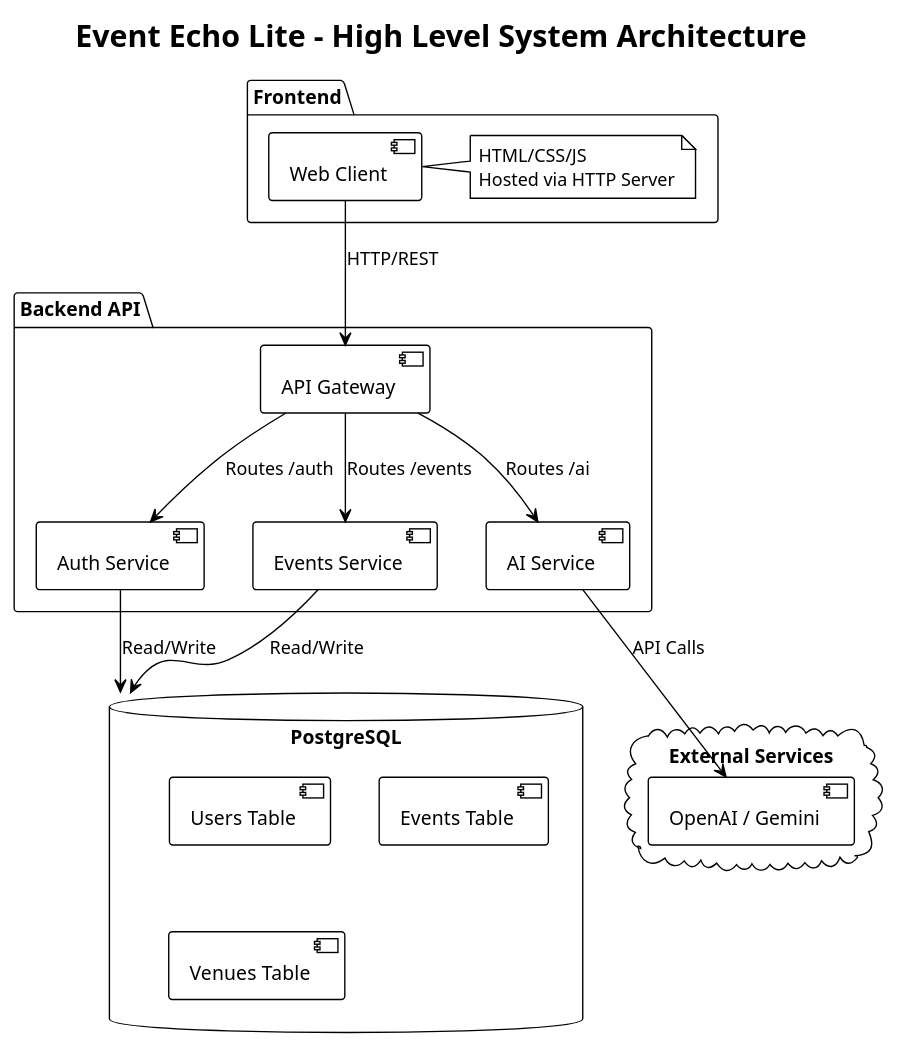
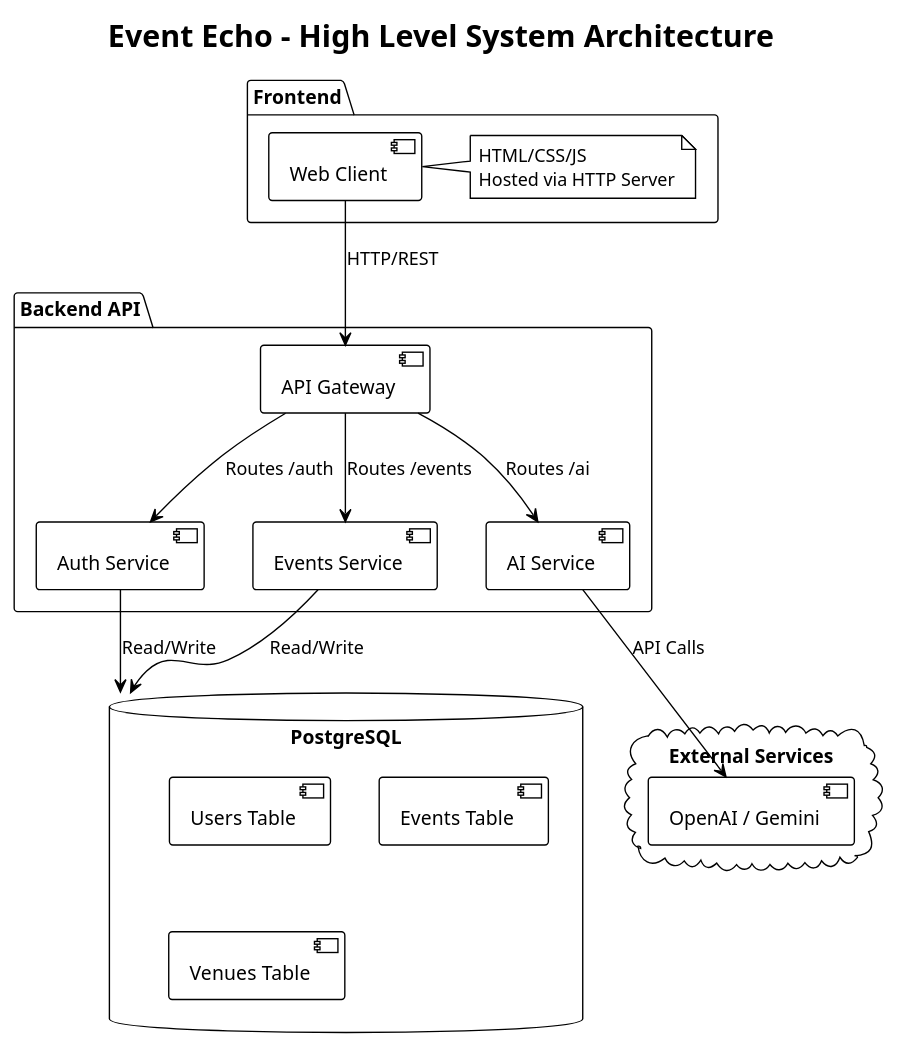
One commit to JoshuaCYin/Event-Echo-Lite changed the diagram in docs/diagrams/architecture_system.puml. Above: the diagram before and after it, drawn with PlantUML. The commit also changed 7 other files, not shown here.

Commit message:
Fix issue in diagrams.

```diff
--- a/docs/diagrams/architecture_system.puml
+++ b/docs/diagrams/architecture_system.puml
@@ -1,39 +1,39 @@
 @startuml
 !theme plain
-title Event Echo Lite - High Level System Architecture
+title Event Echo - High Level System Architecture
 
 package "Frontend" {
   [Web Client] as Client
   note right of Client
     HTML/CSS/JS
     Hosted via HTTP Server
   end note
 }
 
 package "Backend API" {
   [API Gateway] as API
   [Auth Service] as Auth
   [Events Service] as Events
   [AI Service] as AI
   
   API --> Auth : Routes /auth
   API --> Events : Routes /events
   API --> AI : Routes /ai
 }
 
 database "PostgreSQL" as DB {
   [Users Table]
   [Events Table]
   [Venues Table]
 }
 
 cloud "External Services" {
   [OpenAI / Gemini] as AIProvider
 }
 
 Client --> API : HTTP/REST
 Auth --> DB : Read/Write
 Events --> DB : Read/Write
 AI --> AIProvider : API Calls
 
 @enduml
```
